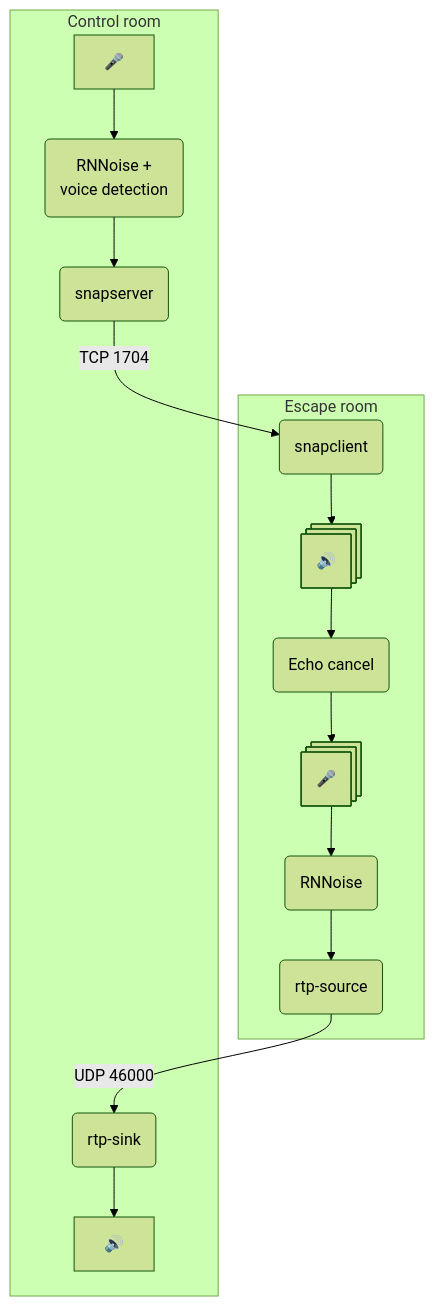
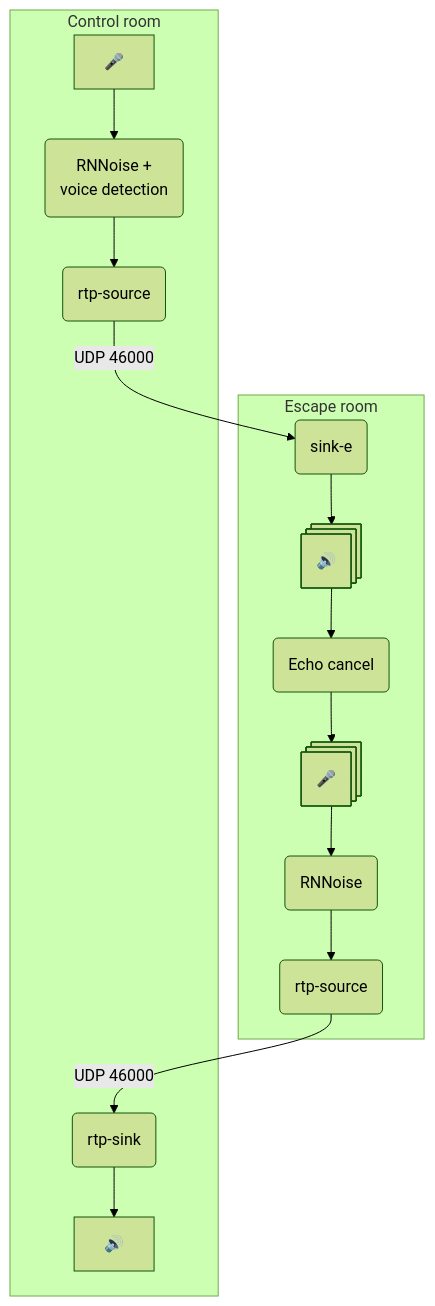
One commit to nim65s/alloria changed the diagram in README.md. Above: the diagram before and after it, drawn with Mermaid (forest theme). The commit also changed 2 other files, not shown here.

Commit message:
drop snapserver

````diff
--- a/README.md
+++ b/README.md
@@ -7,30 +7,30 @@
 ```mermaid
 graph
     mic-r["🎤"]
     mic-s["🎤"]
     speak-r["🔊"]
     speak-s["🔊"]
     noise-r("RNNoise + <br>voice detection")
     noise-s("RNNoise")
-    source("rtp-source")
-    sink("rtp-sink")
-    server("snapserver")
-    client("snapclient")
+    source-e("rtp-source")
+    sink-r("rtp-sink")
+    source-r("rtp-source")
+    sink-e("sink-e")
     echo("Echo cancel")
 
     mic-s@{ shape: procs}
     speak-s@{ shape: procs}
 
-    source -- UDP 46000 --> sink
-    server -- TCP 1704 --> client
+    source-e -- UDP 46000 --> sink-r
+    source-r -- UDP 46000 --> sink-e
 
     subgraph Escape room
-        client --> speak-s --> echo -->
-        mic-s --> noise-s --> source
+        sink-e --> speak-s --> echo -->
+        mic-s --> noise-s --> source-e
     end
 
     subgraph Control room
-        sink --> speak-r
-        mic-r --> noise-r --> server
+        sink-r --> speak-r
+        mic-r --> noise-r --> source-r
     end
 ```
````
